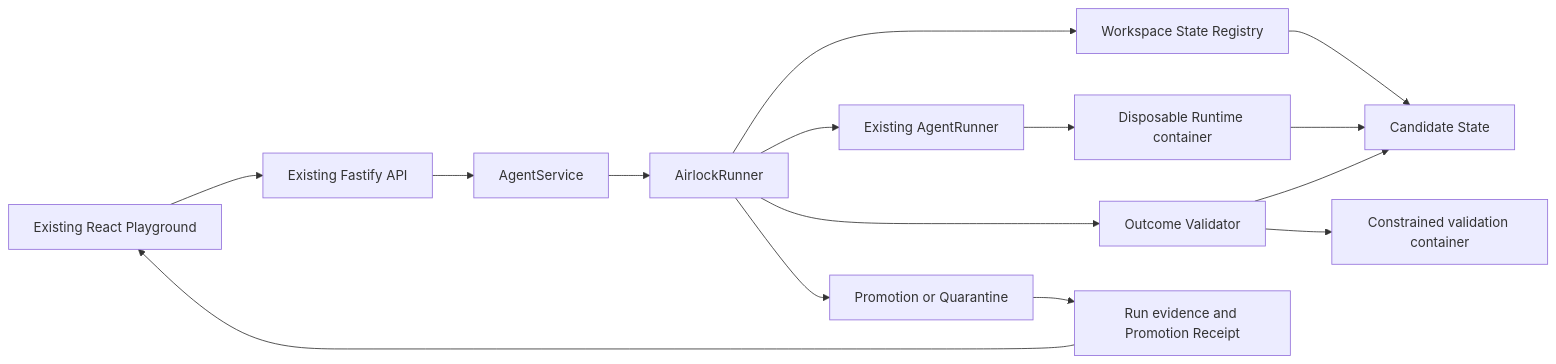
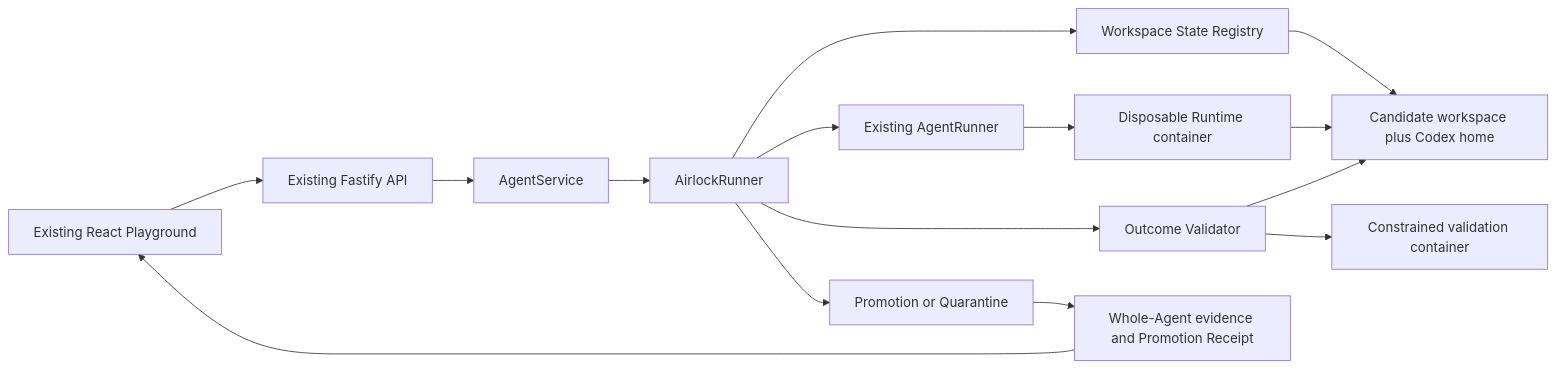
The first of 2 diagrams in docs/architecture/agent-airlock.md (Kk120306/agent-airlock), drawn with Mermaid before and after one commit. The commit also changed other lines of this file and 30 other files, not shown here.

````diff
--- a/docs/architecture/agent-airlock.md
+++ b/docs/architecture/agent-airlock.md
@@ -16,17 +16,17 @@
 ```mermaid
 flowchart LR
     UI["Existing React Playground"] --> API["Existing Fastify API"]
     API --> AS["AgentService"]
     AS --> AR["AirlockRunner"]
     AR --> SR["Workspace State Registry"]
-    SR --> CS["Candidate State"]
+    SR --> CS["Candidate workspace plus Codex home"]
     AR --> RR["Existing AgentRunner"]
     RR --> RC["Disposable Runtime container"]
     RC --> CS
     AR --> VE["Outcome Validator"]
     VE --> VC["Constrained validation container"]
     VE --> CS
     AR --> PR["Promotion or Quarantine"]
-    PR --> ST["Run evidence and Promotion Receipt"]
+    PR --> ST["Whole-Agent evidence and Promotion Receipt"]
     ST --> UI
 ```
````
